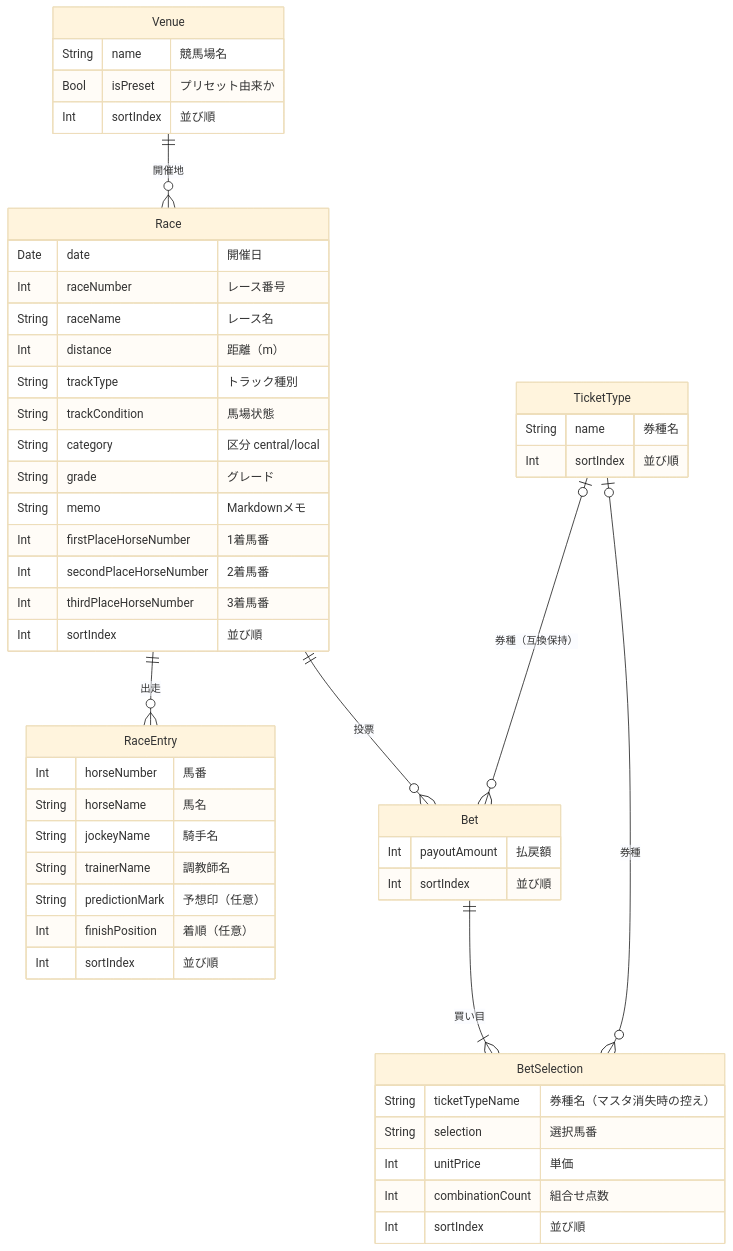
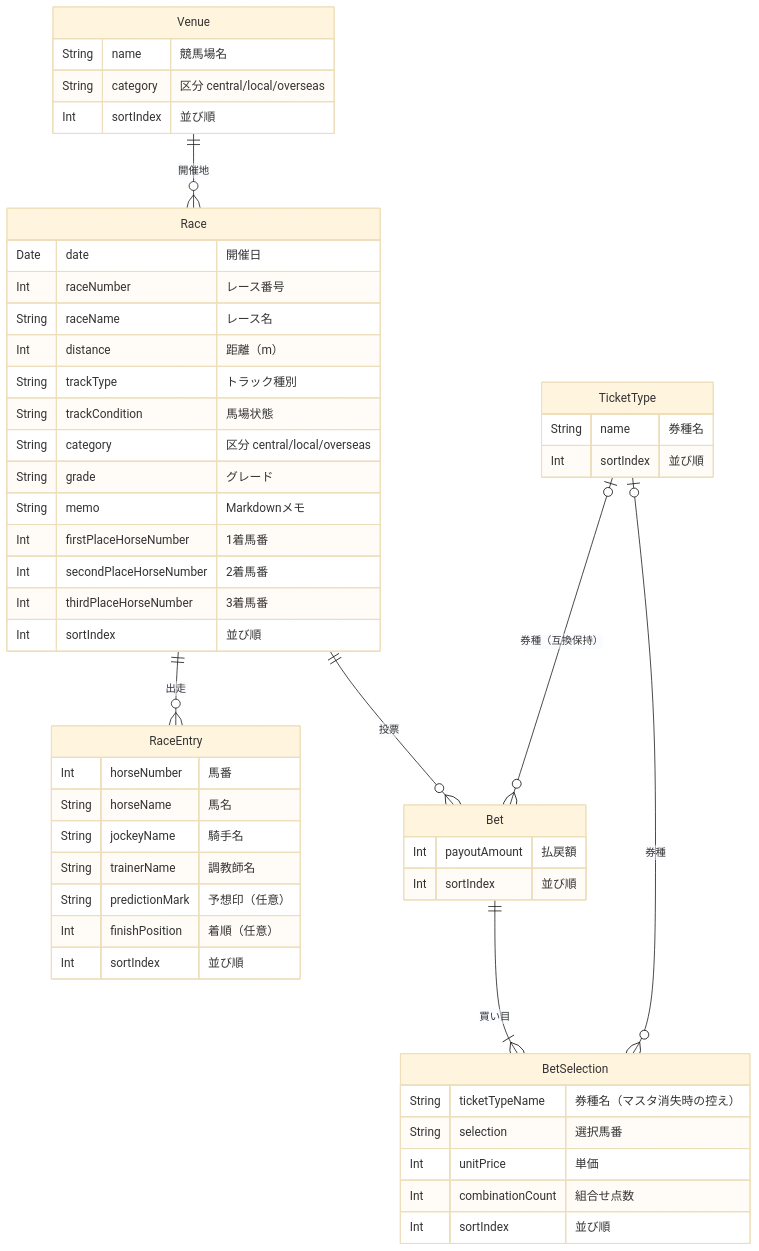
Before and after one commit to neko3cs/umalog: the second of 2 diagrams in docs/specification.md, drawn with Mermaid (base theme). The commit also changed other lines of this file and 3 other files, not shown here.

````diff
--- a/docs/specification.md
+++ b/docs/specification.md
@@ -84,59 +84,59 @@
 ```mermaid
 erDiagram
     Venue ||--o{ Race : "開催地"
     Race ||--o{ RaceEntry : "出走"
     Race ||--o{ Bet : "投票"
     Bet ||--|{ BetSelection : "買い目"
     TicketType |o--o{ BetSelection : "券種"
     TicketType |o--o{ Bet : "券種（互換保持）"
 
     Venue {
         String name "競馬場名"
-        Bool isPreset "プリセット由来か"
+        String category "区分 central/local/overseas"
         Int sortIndex "並び順"
     }
 
     TicketType {
         String name "券種名"
         Int sortIndex "並び順"
     }
 
     Race {
         Date date "開催日"
         Int raceNumber "レース番号"
         String raceName "レース名"
         Int distance "距離（m）"
         String trackType "トラック種別"
         String trackCondition "馬場状態"
-        String category "区分 central/local"
+        String category "区分 central/local/overseas"
         String grade "グレード"
         String memo "Markdownメモ"
         Int firstPlaceHorseNumber "1着馬番"
         Int secondPlaceHorseNumber "2着馬番"
         Int thirdPlaceHorseNumber "3着馬番"
         Int sortIndex "並び順"
     }
 
     RaceEntry {
         Int horseNumber "馬番"
         String horseName "馬名"
         String jockeyName "騎手名"
         String trainerName "調教師名"
         String predictionMark "予想印（任意）"
         Int finishPosition "着順（任意）"
         Int sortIndex "並び順"
     }
 
     Bet {
         Int payoutAmount "払戻額"
         Int sortIndex "並び順"
     }
 
     BetSelection {
         String ticketTypeName "券種名（マスタ消失時の控え）"
         String selection "選択馬番"
         Int unitPrice "単価"
         Int combinationCount "組合せ点数"
         Int sortIndex "並び順"
     }
 ```
````
